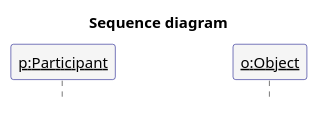
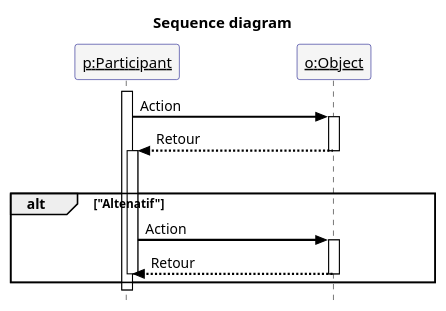
Before and after one commit to notarock/plantuml-templates: the diagram in sequence.plantuml, drawn with PlantUML. The commit also changed 2 other files, not shown here.

```diff
--- a/sequence.plantuml
+++ b/sequence.plantuml
@@ -1,20 +1,44 @@
 @startuml
 
 skinparam sequence {
          LifeLineBorderColor Black
          BorderColor Navy
          ParticipantBorderColor Navy
          ArrowColor Black
          ParticipantBackgroundColor WhiteSmoke
          ParticipantPadding 50
 }
 skinparam style strictuml
 skinparam sequenceArrowThickness 2
 skinparam sequenceParticipant underline
 
 title Sequence diagram
 
 participant "p:Participant" as p
 participant "o:Object" as o
 
+activate p
+
+p -> o : Action
+activate o
+p <-- o : Retour
+deactivate o
+
+|||
+
+alt "Altenatif"
+
+    activate p
+
+    p -> o : Action
+    activate o
+    p <-- o : Retour
+    deactivate o
+
+    deactivate p
+
+end
+
+deactivate p
+
 @enduml
```
